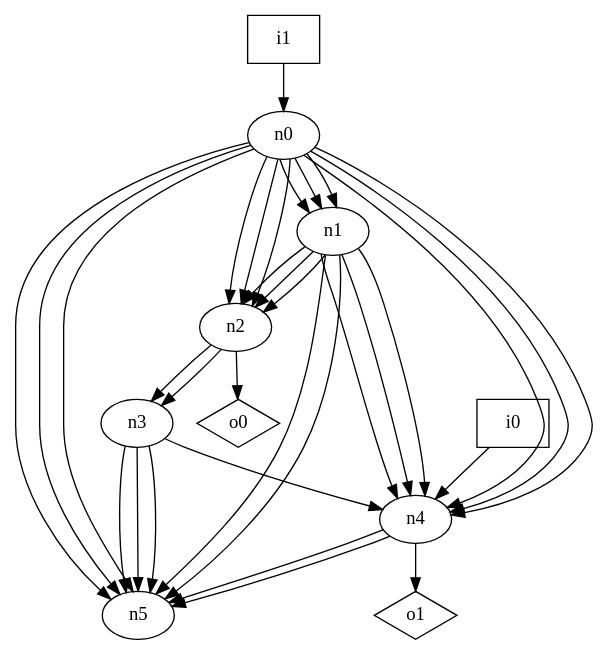
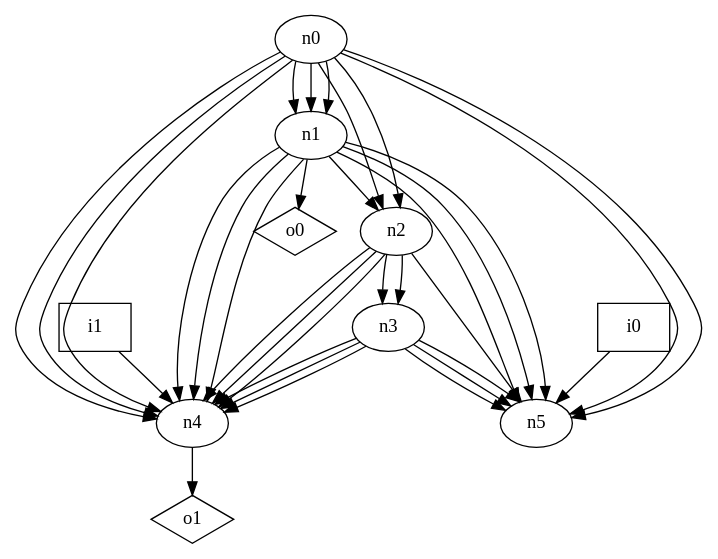
Before and after one commit to p9romain/bool-circuits: the diagram in dot_files/random/random_DAG_loop_free_graph.dot, drawn with Graphviz. The commit also changed 23 other files, not shown here.

```diff
--- a/dot_files/random/random_DAG_loop_free_graph.dot
+++ b/dot_files/random/random_DAG_loop_free_graph.dot
@@ -1,44 +1,45 @@
 digraph G {
 n0 [label="n0"];
 n1 [label="n1"];
 n2 [label="n2"];
 n3 [label="n3"];
 n4 [label="n4"];
 n5 [label="n5"];
 n6 [label="i0",shape="box"];
 n7 [label="i1",shape="box"];
 n8 [label="o0",shape="diamond"];
 n9 [label="o1",shape="diamond"];
 n0 -> n1
 n0 -> n1
 n0 -> n1
 n0 -> n2
 n0 -> n2
-n0 -> n2
 n0 -> n4
 n0 -> n4
 n0 -> n4
 n0 -> n5
 n0 -> n5
-n0 -> n5
-n1 -> n2
-n1 -> n2
 n1 -> n2
 n1 -> n4
 n1 -> n4
 n1 -> n4
 n1 -> n5
 n1 -> n5
+n1 -> n5
+n1 -> n8
 n2 -> n3
 n2 -> n3
-n2 -> n8
+n2 -> n4
+n2 -> n4
+n2 -> n4
+n2 -> n5
+n3 -> n4
+n3 -> n4
 n3 -> n4
 n3 -> n5
 n3 -> n5
 n3 -> n5
-n4 -> n5
-n4 -> n5
 n4 -> n9
-n6 -> n4
-n7 -> n0
+n6 -> n5
+n7 -> n4
 }
```
